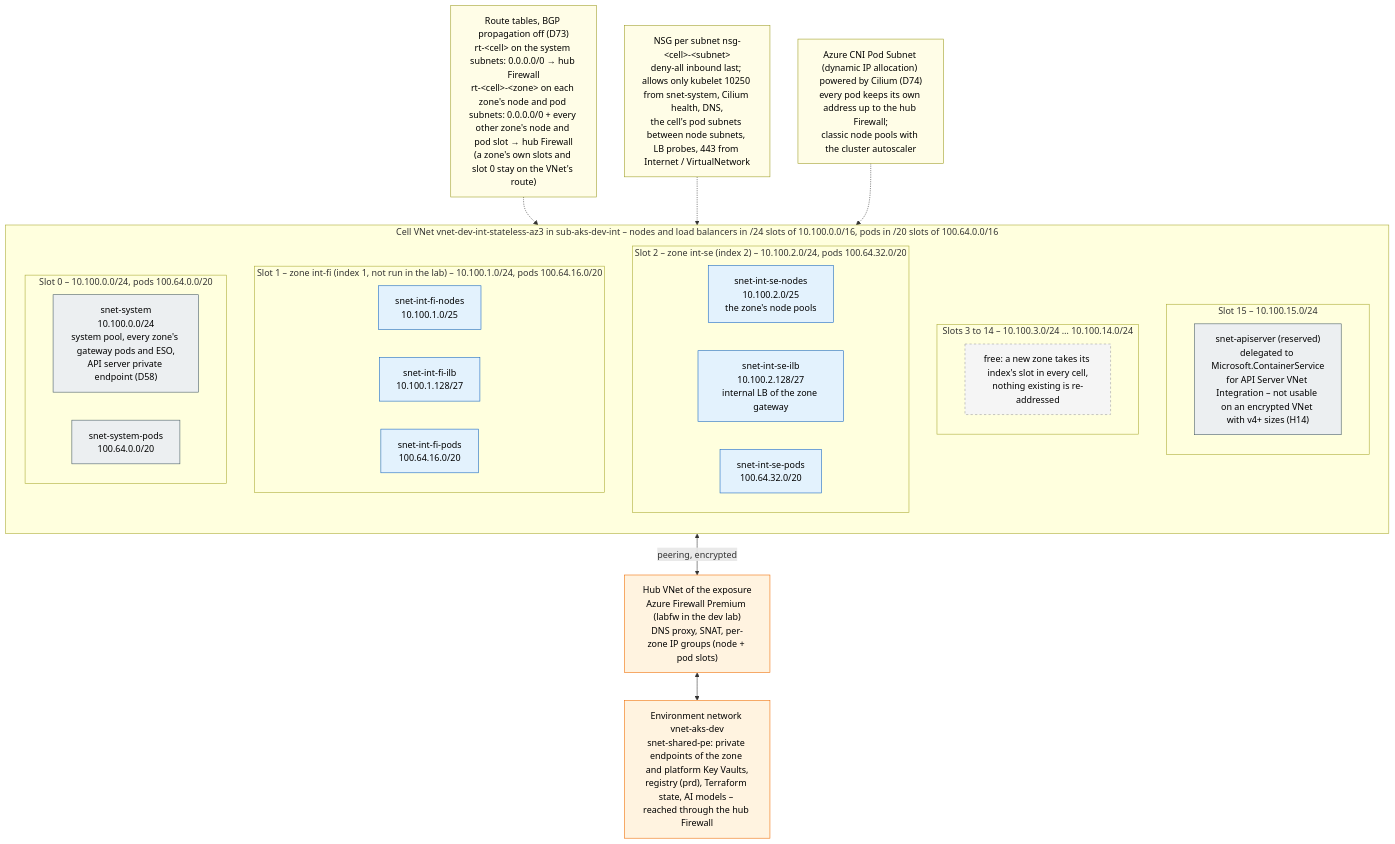
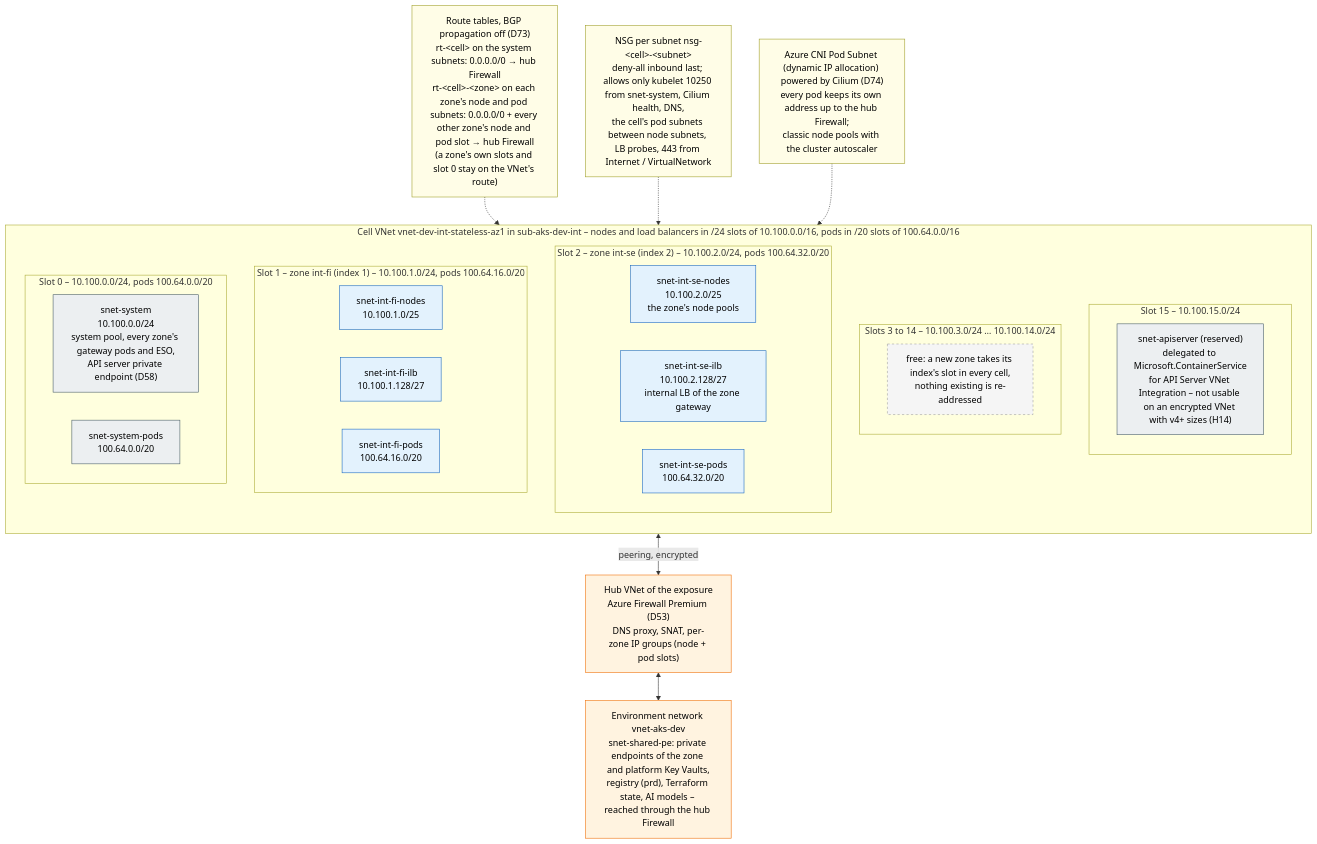
The diagram in diagrams/2.1-network-subnets.mmd (onek8s/onek8s.github.io), drawn with Mermaid before and after one commit. The commit also changed 40 other files, not shown here.

```diff
--- a/diagrams/2.1-network-subnets.mmd
+++ b/diagrams/2.1-network-subnets.mmd
@@ -1,61 +1,61 @@
-%% Subnet layout of an AKS spoke VNet, here the dev lab's internal cell az3 (10.100.0.0/16, pods 100.64.0.0/16).
+%% Subnet layout of an AKS spoke VNet, an internal cell as the example (10.100.0.0/16, pods 100.64.0.0/16).
 %% Nodes and load balancers: one address space per cell in sixteen equal slots - slot 0 the system subnet, slots 1-14 the
 %% isolation zones by their index (the same index in every cell of the exposure), slot 15 reserved for the delegated API
 %% server subnet of VNet integration (H14). In a zone's slot the first half is the node subnet and the fifth eighth the
 %% load balancer subnet; the rest is reserve (address plan, section 3.1). Pods (D74): a second address space, a /16 of
 %% 100.64.0.0/10 with a /20 per slot index (snet-system-pods, snet-<zone>-pods). Private endpoints are not in the cells
 %% (snet-shared-pe). Internal and external are separate clusters and subscriptions (D52): an external cell's VNet is the
 %% same layout with ext-fi / ext-se in its slots and public load balancers for its zone gateways. A zone's node and pod
 %% subnets route every other zone's node and pod slot to the hub Firewall (D73), so zone-to-zone traffic is denied and
 %% logged there; the system subnets keep the default route alone.
 flowchart TB
-    subgraph VNET["Cell VNet vnet-dev-int-stateless-az3 in sub-aks-dev-int – nodes and load balancers in /24 slots of 10.100.0.0/16, pods in /20 slots of 100.64.0.0/16"]
+    subgraph VNET["Cell VNet vnet-dev-int-stateless-az1 in sub-aks-dev-int – nodes and load balancers in /24 slots of 10.100.0.0/16, pods in /20 slots of 100.64.0.0/16"]
         direction TB
         subgraph S15["Slot 15 – 10.100.15.0/24"]
             direction LR
             api["snet-apiserver (reserved)<br/>delegated to Microsoft.ContainerService<br/>for API Server VNet Integration – not usable on an encrypted VNet with v4+ sizes (H14)"]
         end
         subgraph SF["Slots 3 to 14 – 10.100.3.0/24 … 10.100.14.0/24"]
             direction LR
             free["free: a new zone takes its index's slot in every cell,<br/>nothing existing is re-addressed"]
         end
         subgraph S2["Slot 2 – zone int-se (index 2) – 10.100.2.0/24, pods 100.64.32.0/20"]
             direction LR
             ise_n["snet-int-se-nodes<br/>10.100.2.0/25<br/>the zone's node pools"]
             ise_i["snet-int-se-ilb<br/>10.100.2.128/27<br/>internal LB of the zone gateway"]
             ise_p["snet-int-se-pods<br/>100.64.32.0/20"]
         end
-        subgraph S1["Slot 1 – zone int-fi (index 1, not run in the lab) – 10.100.1.0/24, pods 100.64.16.0/20"]
+        subgraph S1["Slot 1 – zone int-fi (index 1) – 10.100.1.0/24, pods 100.64.16.0/20"]
             direction LR
             ifi_n["snet-int-fi-nodes<br/>10.100.1.0/25"]
             ifi_i["snet-int-fi-ilb<br/>10.100.1.128/27"]
             ifi_p["snet-int-fi-pods<br/>100.64.16.0/20"]
         end
         subgraph S0["Slot 0 – 10.100.0.0/24, pods 100.64.0.0/20"]
             direction LR
             sys["snet-system<br/>10.100.0.0/24<br/>system pool, every zone's gateway pods and ESO,<br/>API server private endpoint (D58)"]
             sys_p["snet-system-pods<br/>100.64.0.0/20"]
         end
     end
 
     shared["Environment network vnet-aks-dev<br/>snet-shared-pe: private endpoints of the zone and platform Key Vaults,<br/>registry (prd), Terraform state, AI models – reached through the hub Firewall"]
-    hub["Hub VNet of the exposure<br/>Azure Firewall Premium (labfw in the dev lab)<br/>DNS proxy, SNAT, per-zone IP groups (node + pod slots)"]
+    hub["Hub VNet of the exposure<br/>Azure Firewall Premium (D53)<br/>DNS proxy, SNAT, per-zone IP groups (node + pod slots)"]
     rt["Route tables, BGP propagation off (D73)<br/>rt-&lt;cell&gt; on the system subnets: 0.0.0.0/0 → hub Firewall<br/>rt-&lt;cell&gt;-&lt;zone&gt; on each zone's node and pod subnets: 0.0.0.0/0 + every other zone's node and pod slot → hub Firewall<br/>(a zone's own slots and slot 0 stay on the VNet's route)"]
     nsg["NSG per subnet nsg-&lt;cell&gt;-&lt;subnet&gt;<br/>deny-all inbound last; allows only kubelet 10250 from snet-system, Cilium health, DNS,<br/>the cell's pod subnets between node subnets, LB probes, 443 from Internet / VirtualNetwork"]
     cni["Azure CNI Pod Subnet (dynamic IP allocation) powered by Cilium (D74)<br/>every pod keeps its own address up to the hub Firewall;<br/>classic node pools with the cluster autoscaler"]
     rt -.-> VNET
     nsg -.-> VNET
     cni -.-> VNET
     VNET <-->|"peering, encrypted"| hub
     hub <--> shared
 
     classDef cp fill:#eceff1,stroke:#455a64,color:#000
     classDef int fill:#e3f2fd,stroke:#1565c0,color:#000
     classDef res fill:#f5f5f5,stroke:#9e9e9e,color:#000,stroke-dasharray: 4 4
     classDef note fill:#fffde7,stroke:#9e9d24,color:#000
     classDef ext fill:#fff3e0,stroke:#ef6c00,color:#000
     class sys,sys_p,api cp
     class ifi_n,ifi_i,ifi_p,ise_n,ise_i,ise_p int
     class free res
     class rt,nsg,cni note
     class shared,hub ext
```
